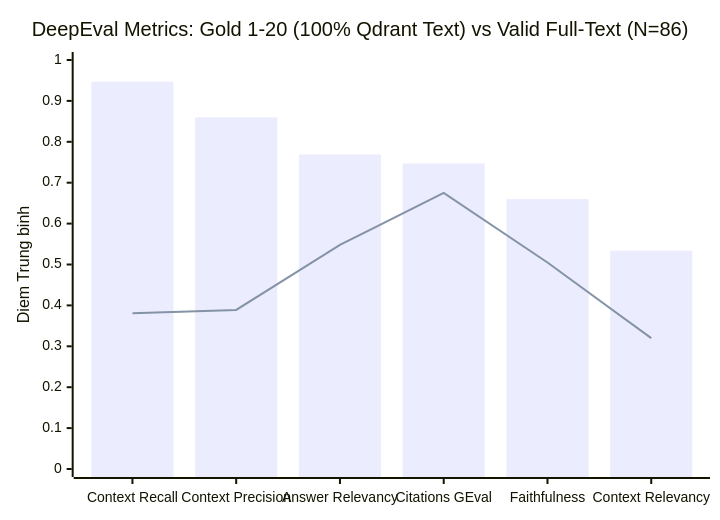
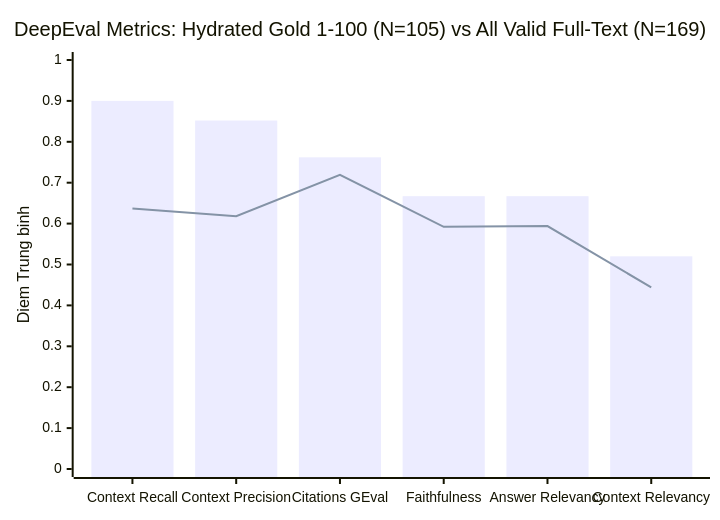
The third of 3 diagrams in docs/research/laya-jev.md (QuangManhAI/RAG_TS), drawn with Mermaid before and after one commit. The commit also changed other lines of this file, not shown here.

Commit message:
[DOCS] Update laya-jev report with hydrated gold-001..100 (N=105) and N=169 full-text DeepEval metrics

````diff
--- a/docs/research/laya-jev.md
+++ b/docs/research/laya-jev.md
@@ -83,8 +83,8 @@
 ```mermaid
 xychart-beta
-    title "DeepEval Metrics: Gold 1-20 (100% Qdrant Text) vs Valid Full-Text (N=86)"
-    x-axis ["Context Recall", "Context Precision", "Answer Relevancy", "Citations GEval", "Faithfulness", "Context Relevancy"]
+    title "DeepEval Metrics: Hydrated Gold 1-100 (N=105) vs All Valid Full-Text (N=169)"
+    x-axis ["Context Recall", "Context Precision", "Citations GEval", "Faithfulness", "Answer Relevancy", "Context Relevancy"]
     y-axis "Diem Trung binh" 0.0 --> 1.0
-    bar [0.947, 0.860, 0.769, 0.747, 0.660, 0.534]
-    line [0.381, 0.389, 0.548, 0.675, 0.505, 0.320]
+    bar [0.900, 0.852, 0.762, 0.667, 0.667, 0.520]
+    line [0.637, 0.618, 0.719, 0.592, 0.594, 0.444]
 ```
````
